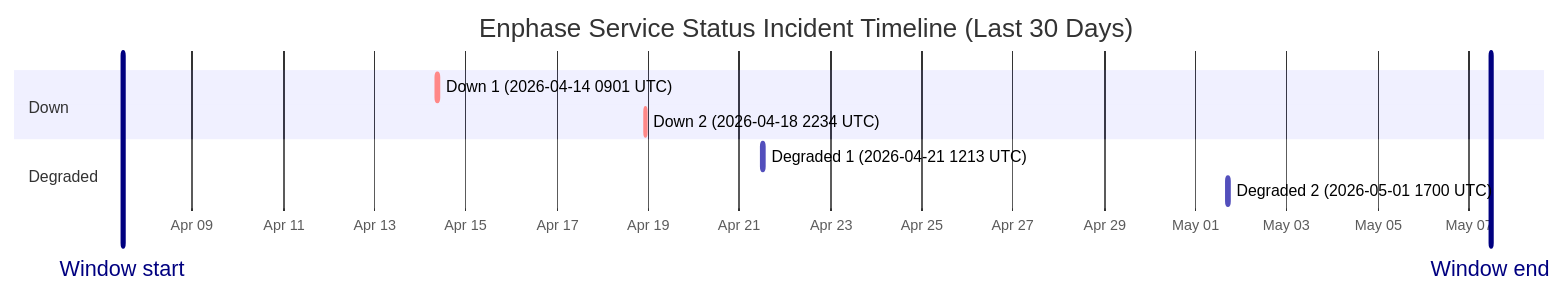
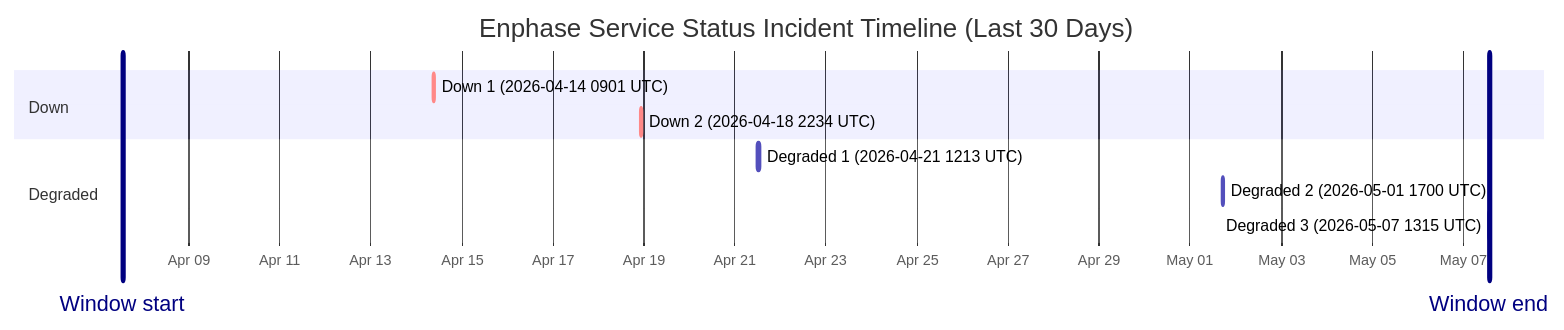
The diagram in wiki/Service-Status-History.md (barneyonline/ha-enphase-ev-charger), drawn with Mermaid before and after one commit. The commit also changed other lines of this file and 4 other files, not shown here.

````diff
--- a/wiki/Service-Status-History.md
+++ b/wiki/Service-Status-History.md
@@ -14,14 +14,15 @@
 ```mermaid
 gantt
     title Enphase Service Status Incident Timeline (Last 30 Days)
     dateFormat  YYYY-MM-DDTHH:mm:ss
     axisFormat  %b %d
-    Window start :vert, window-start, 2026-04-07T11:26:12, 0ms
-    Window end :vert, window-end, 2026-05-07T11:26:12, 0ms
+    Window start :vert, window-start, 2026-04-07T13:15:25, 0ms
+    Window end :vert, window-end, 2026-05-07T13:15:25, 0ms
     section Down
     Down 1 (2026-04-14 0901 UTC) :crit, down-1, 2026-04-14T09:01:13, 60m
     Down 2 (2026-04-18 2234 UTC) :crit, down-2, 2026-04-18T22:34:13, 60m
     section Degraded
     Degraded 1 (2026-04-21 1213 UTC) :active, degraded-1, 2026-04-21T12:13:11, 60m
     Degraded 2 (2026-05-01 1700 UTC) :active, degraded-2, 2026-05-01T17:00:22, 60m
+    Degraded 3 (2026-05-07 1315 UTC) :active, degraded-3, 2026-05-07T13:15:25, 60m
 ```
````
